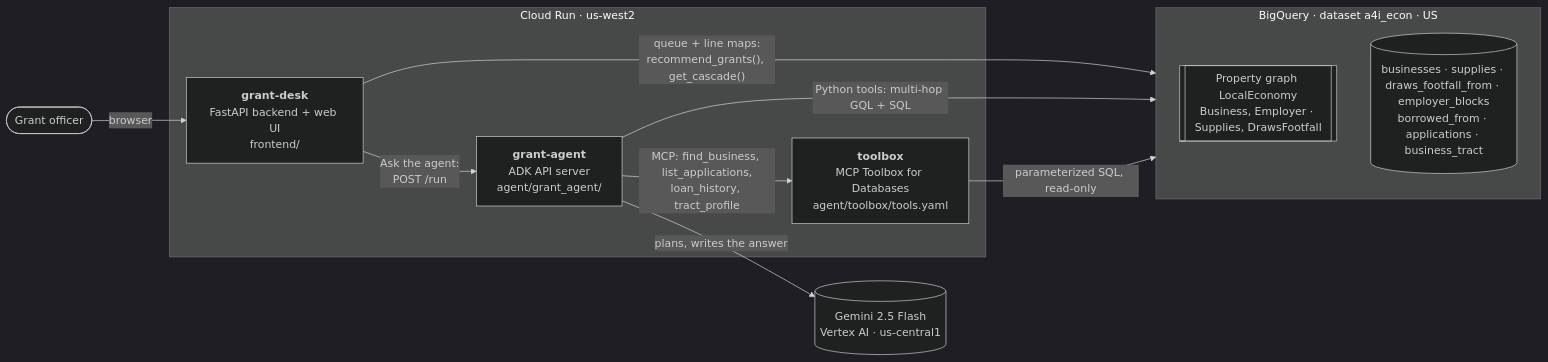
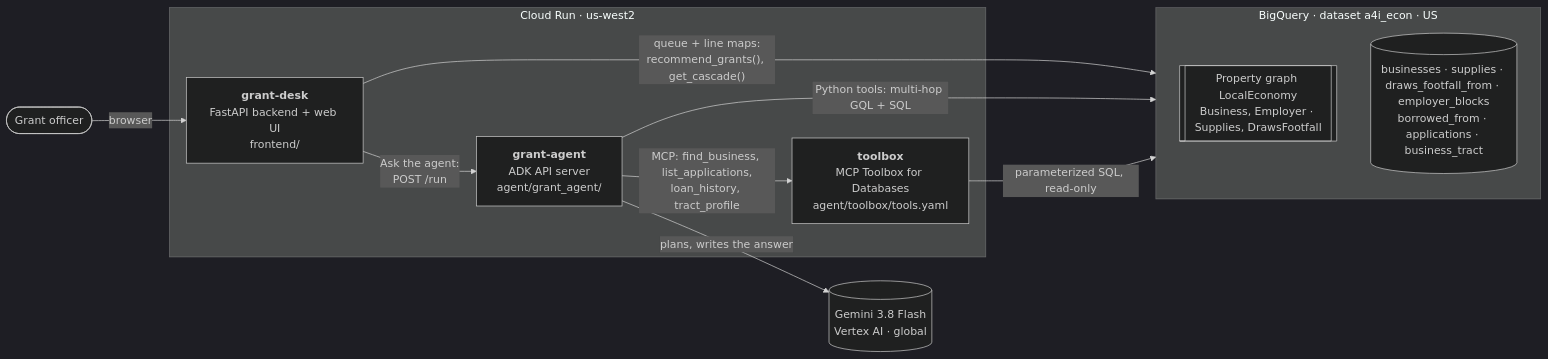
The first of 2 diagrams in docs/ARCHITECTURE.md (pronitaghosh/A4I2026-Smart-Grant-Agent), drawn with Mermaid (dark theme) before and after one commit. The commit also changed other lines of this file and 4 other files, not shown here.

First line of the commit message:
Docs: Gemini 3.8 Flash at the global endpoint (the deployed model)

````diff
--- a/docs/ARCHITECTURE.md
+++ b/docs/ARCHITECTURE.md
@@ -19,24 +19,24 @@
 ```mermaid
 flowchart LR
     officer([Grant officer]) -->|browser| desk
 
     subgraph run["Cloud Run · us-west2"]
         desk["<b>grant-desk</b><br/>FastAPI backend + web UI<br/>frontend/"]
         agent["<b>grant-agent</b><br/>ADK API server<br/>agent/grant_agent/"]
         toolbox["<b>toolbox</b><br/>MCP Toolbox for Databases<br/>agent/toolbox/tools.yaml"]
     end
 
-    gemini[("Gemini 2.5 Flash<br/>Vertex AI · us-central1")]
+    gemini[("Gemini 3.8 Flash<br/>Vertex AI · global")]
 
     subgraph bq["BigQuery · dataset a4i_econ · US"]
         pgraph[["Property graph LocalEconomy<br/>Business, Employer · Supplies, DrawsFootfall"]]
         tables[("businesses · supplies · draws_footfall_from · employer_blocks<br/>borrowed_from · applications · business_tract")]
     end
 
     desk -->|"queue + line maps:<br/>recommend_grants(), get_cascade()"| bq
     desk -->|"Ask the agent:<br/>POST /run"| agent
     agent -->|"plans, writes the answer"| gemini
     agent -->|"Python tools: multi-hop GQL + SQL"| bq
     agent -->|"MCP: find_business, list_applications,<br/>loan_history, tract_profile"| toolbox
     toolbox -->|"parameterized SQL, read-only"| bq
 ```
````
